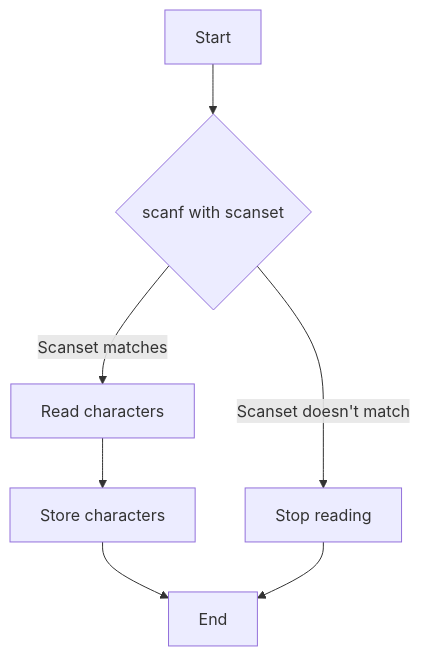
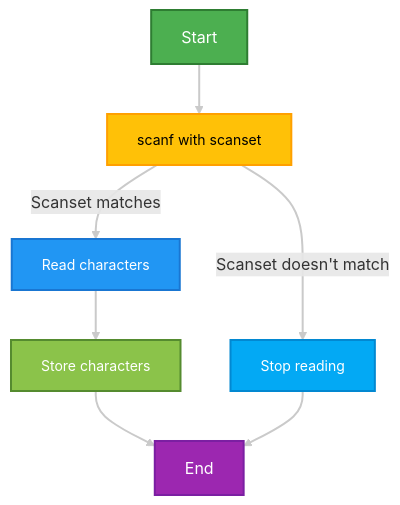
One commit to infoyouth/infoyouth.github.io changed the fifth of 6 diagrams in _posts/2024-11-25-c-input-and-output.md. Above: the diagram before and after it, drawn with Mermaid. The commit also changed other lines of this file and 1 other file, not shown here.

````diff
--- a/_posts/2024-11-25-c-input-and-output.md
+++ b/_posts/2024-11-25-c-input-and-output.md
@@ -563,9 +625,21 @@
 ```mermaid
 graph TD
-    A[Start] --> B{scanf with scanset};
-    B -- Scanset matches --> C[Read characters];
-    B -- Scanset doesn't match --> D[Stop reading];
-    C --> E[Store characters];
-    E --> F[End];
-    D --> F;
+    A[Start] --> B[scanf with scanset]
+    B -- Scanset matches --> C[Read characters]
+    B -- Scanset doesn't match --> D[Stop reading]
+    C --> E[Store characters]
+    E --> F[End]
+    D --> F
+
+    %% Apply Styles
+    style A fill:#4CAF50,stroke:#2E7D32,stroke-width:2px,color:#FFFFFF,font-size:16px
+    style B fill:#FFC107,stroke:#FFA000,stroke-width:2px,color:#000000,font-size:14px
+    style C fill:#2196F3,stroke:#1976D2,stroke-width:2px,color:#FFFFFF,font-size:14px
+    style D fill:#03A9F4,stroke:#0288D1,stroke-width:2px,color:#FFFFFF,font-size:14px
+    style E fill:#8BC34A,stroke:#558B2F,stroke-width:2px,color:#FFFFFF,font-size:14px
+    style F fill:#9C27B0,stroke:#7B1FA2,stroke-width:2px,color:#FFFFFF,font-size:16px
+
+    %% Apply Link Styles
+    linkStyle default stroke:#BDBDBD,stroke-width:2px,opacity:0.8
+
 ```
````
